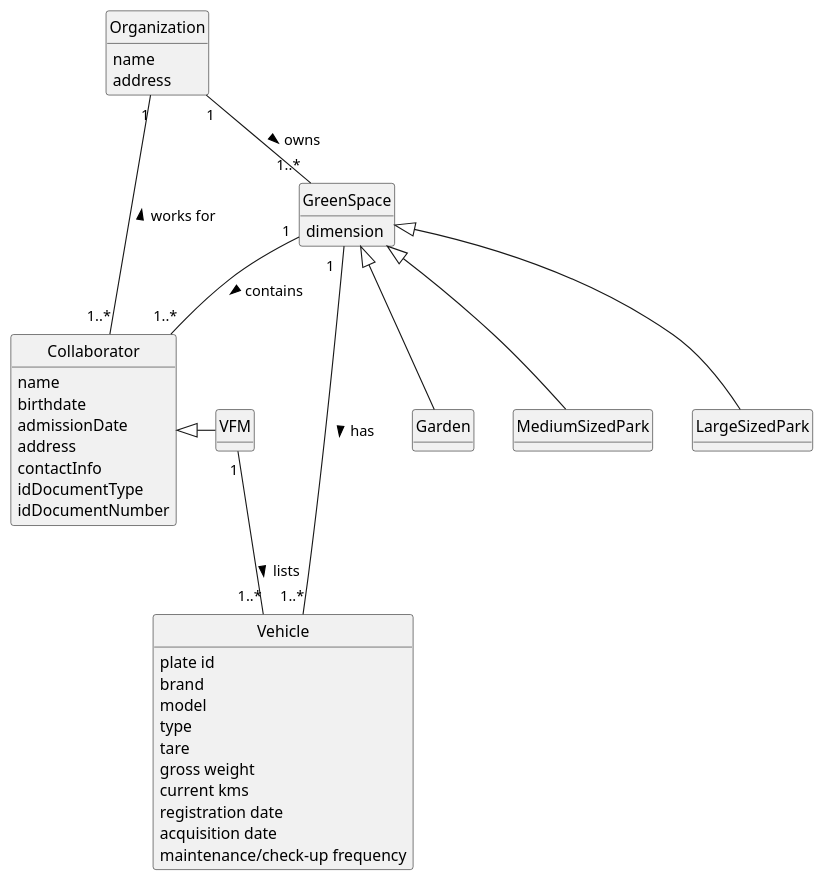
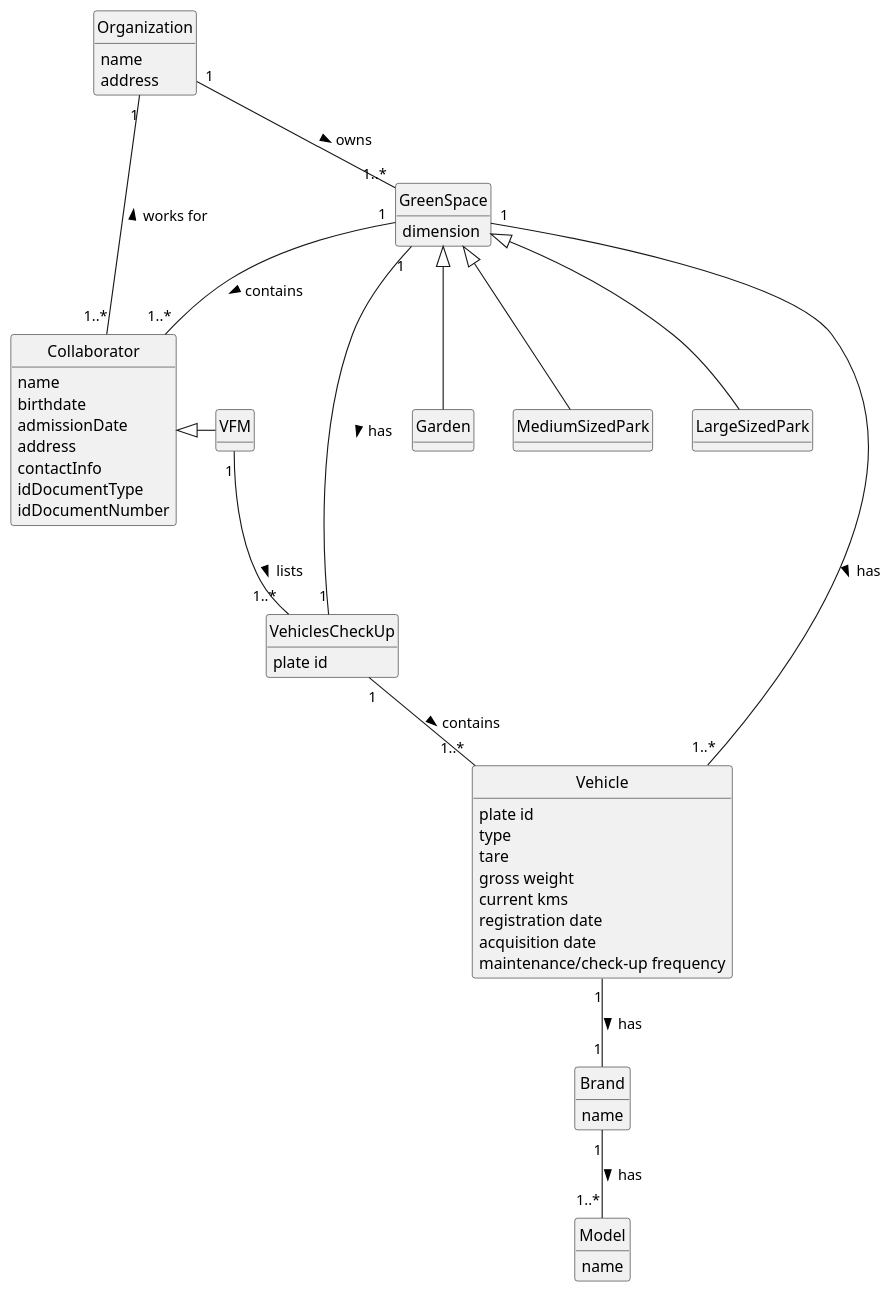
The diagram in docs/sprintA/us008/02.analysis/puml/us008-domain-model.puml (diogoveirospro/lei-24-s2-1dg-g072), drawn with PlantUML before and after one commit. The commit also changed 1 other file, not shown here.

```diff
--- a/docs/sprintA/us008/02.analysis/puml/us008-domain-model.puml
+++ b/docs/sprintA/us008/02.analysis/puml/us008-domain-model.puml
@@ -1,72 +1,83 @@
 @startuml
 skinparam monochrome true
 skinparam packageStyle rectangle
 skinparam shadowing false
 
 'left to right direction
 
 skinparam classAttributeIconSize 0
 
 hide circle
 hide methods
 
 class Collaborator {
     name
     birthdate
     admissionDate
     address
     contactInfo
     idDocumentType
     idDocumentNumber
 }
 class Organization{
     name
     address
 }
 
 class VFM {
 
 }
 
 
 class GreenSpace {
     dimension
 }
 
 class Garden {
 
 }
 
 class MediumSizedPark {
 
 }
 
 class LargeSizedPark {
 
 }
 class Vehicle{
     plate id
-    brand
-    model
     type
     tare
     gross weight
     current kms
     registration date
     acquisition date
     maintenance/check-up frequency
 }
 
+class VehiclesCheckUp {
+    plate id
+}
 
+class Brand{
+name
+}
+
+class Model{
+name
+}
 
 Collaborator <|- VFM
-VFM "1" -- "1..*" Vehicle: lists >
+VFM "1" -- "1..*" VehiclesCheckUp: lists >
 GreenSpace <|-- Garden
 GreenSpace <|-- MediumSizedPark
 GreenSpace <|-- LargeSizedPark
 GreenSpace "1" -- "1..*" Collaborator: contains >
-
+VehiclesCheckUp "1" -- "1..*" Vehicle: contains >
 GreenSpace "1  " - "1..*" Vehicle: has >
 Organization "1" -- "1..*" GreenSpace: owns >
 Organization "1" -- "1..*" Collaborator: works for <
+GreenSpace "1" -- "1" VehiclesCheckUp: has >
+Vehicle "1" -- "1" Brand: has >
+Brand "1" -- "1..*" Model: has >
 @enduml
```
